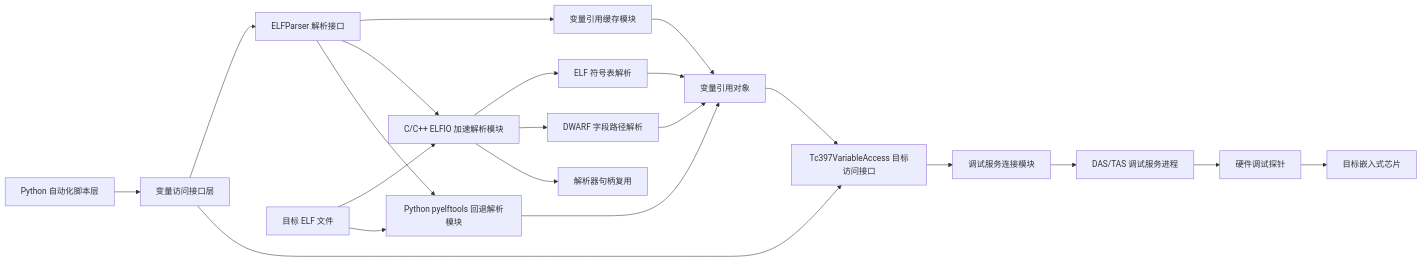
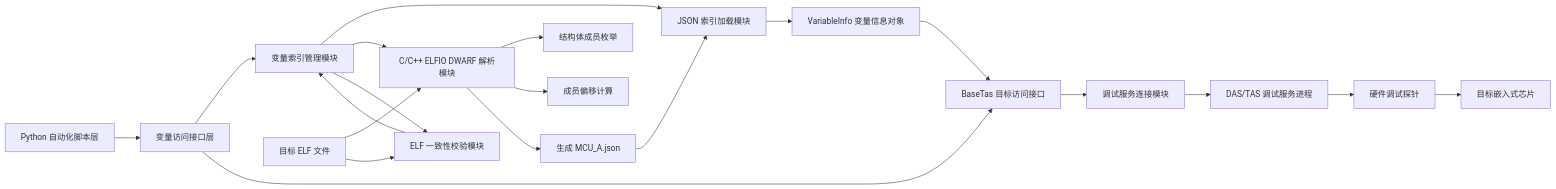
One commit to Dream-007/TC397Tools changed the first of 5 diagrams in docs/TC397_ELF_DAP_PATENT_DRAFT.md. Above: the diagram before and after it, drawn with Mermaid. The commit also changed other lines of this file and 25 other files, not shown here.

````diff
--- a/docs/TC397_ELF_DAP_PATENT_DRAFT.md
+++ b/docs/TC397_ELF_DAP_PATENT_DRAFT.md
@@ -187,29 +241,28 @@
 ```mermaid
 flowchart LR
     A[Python 自动化脚本层] --> B[变量访问接口层]
 
-    B --> C[ELFParser 解析接口]
-    B --> D[Tc397VariableAccess 目标访问接口]
+    B --> C[变量索引管理模块]
+    B --> D[BaseTas 目标访问接口]
 
-    C --> E[变量引用缓存模块]
-    C --> F[C/C++ ELFIO 加速解析模块]
-    C --> G[Python pyelftools 回退解析模块]
+    C --> E[JSON 索引加载模块]
+    C --> F[C/C++ ELFIO DWARF 解析模块]
+    C --> G[ELF 一致性校验模块]
 
-    F --> H[ELF 符号表解析]
-    F --> I[DWARF 字段路径解析]
-    F --> J[解析器句柄复用]
+    F --> H[结构体成员枚举]
+    F --> I[成员偏移计算]
+    F --> J[生成 MCU_A.json]
 
-    H --> K[变量引用对象]
-    I --> K
-    G --> K
-    E --> K
+    J --> E
+    G --> C
+    E --> K[VariableInfo 变量信息对象]
 
     K --> D
     D --> L[调试服务连接模块]
     L --> M[DAS/TAS 调试服务进程]
     M --> N[硬件调试探针]
     N --> O[目标嵌入式芯片]
 
     P[目标 ELF 文件] --> F
     P --> G
 ```
````
